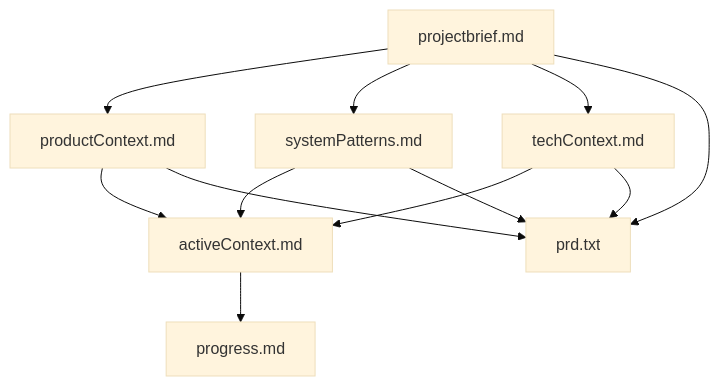
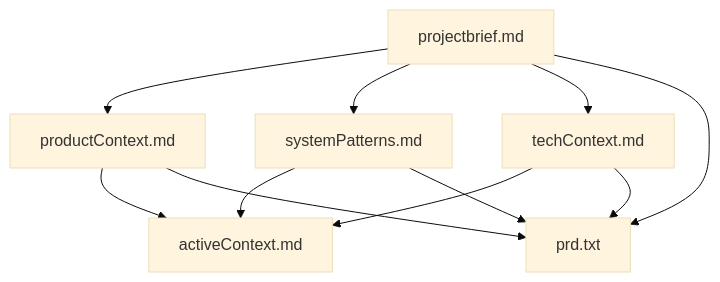
Before and after one commit to FlitCatz/common-memory-bank: the first of 5 diagrams in .cursor/rules/common_memory_bank.mdc, drawn with Mermaid (base theme). The commit also changed other lines of this file and 7 other files, not shown here.

````diff
--- a/.cursor/rules/common_memory_bank.mdc
+++ b/.cursor/rules/common_memory_bank.mdc
@@ -14,13 +14,12 @@
 ```mermaid
 flowchart TD
     PB[projectbrief.md] --> PC[productContext.md]
     PB --> SP[systemPatterns.md]
     PB --> TC[techContext.md]
     
     PC --> AC[activeContext.md]
     SP --> AC
     TC --> AC
     
-    AC --> P[progress.md]
     PB & PC & SP & TC --> PRD[prd.txt]
 ```
````
